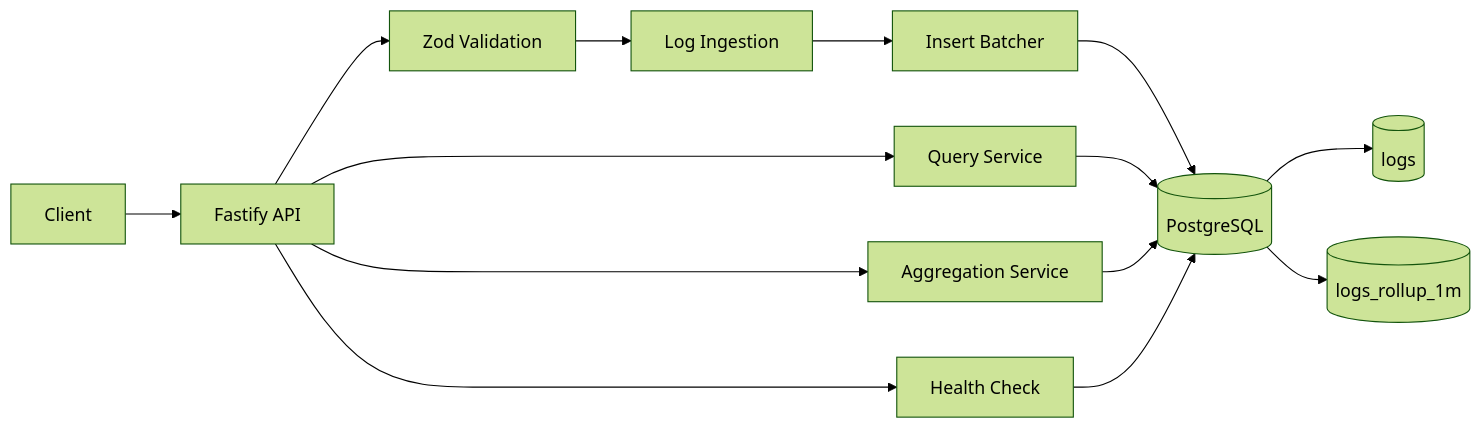
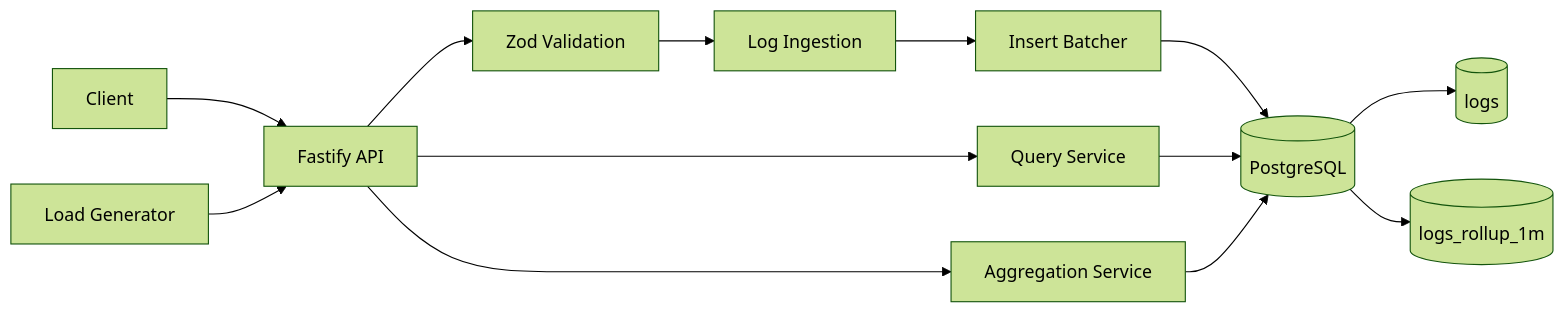
The second of 10 diagrams in README.md (JanaThuluth/log-ingestion-service-final), drawn with Mermaid (forest theme) before and after one commit. The commit also changed other lines of this file, not shown here.

````diff
--- a/README.md
+++ b/README.md
@@ -52,46 +113,44 @@
 ```mermaid
 flowchart LR
 
     Client["Client"]
+    Benchmark["Load Generator"]
 
     API["Fastify API"]
 
     Validation["Zod Validation"]
 
     Ingestion["Log Ingestion"]
 
     Batcher["Insert Batcher"]
 
-    DB[("PostgreSQL")]
-
-    Logs[("logs")]
-    Rollups[("logs_rollup_1m")]
-
     Query["Query Service"]
 
     Aggregation["Aggregation Service"]
 
-    Health["Health Check"]
+    DB[("PostgreSQL")]
+
+    Logs[("logs")]
+
+    Rollups[("logs_rollup_1m")]
 
     Client --> API
+    Benchmark --> API
 
     API --> Validation
 
     Validation --> Ingestion
 
     Ingestion --> Batcher
 
     Batcher --> DB
 
-    DB --> Logs
-    DB --> Rollups
-
     API --> Query
     Query --> DB
 
     API --> Aggregation
     Aggregation --> DB
 
-    API --> Health
-    Health --> DB
+    DB --> Logs
+    DB --> Rollups
 ```
````
